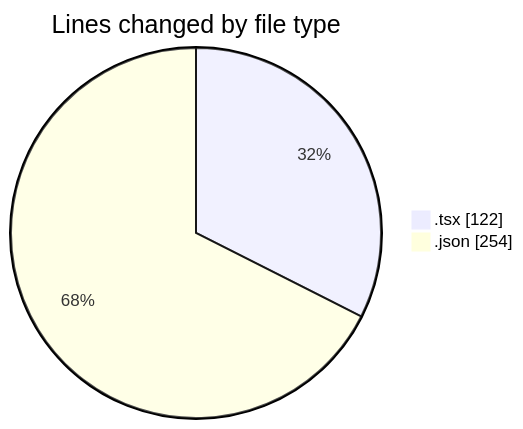
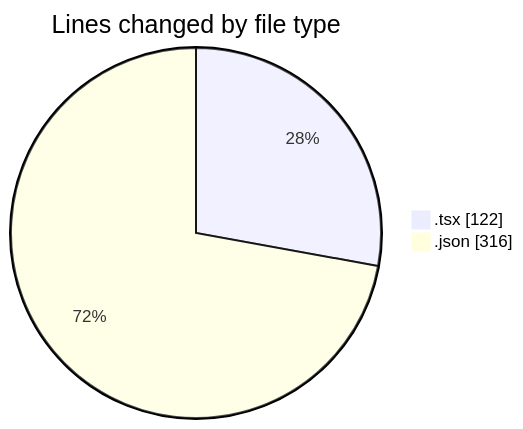
Before and after one commit to momahboobian/code-tracking: the first of 2 diagrams in 2026-04-14/cda/README.md, drawn with Mermaid. The commit also changed other lines of this file and 1 other file, not shown here.

````diff
--- a/2026-04-14/cda/README.md
+++ b/2026-04-14/cda/README.md
@@ -23,6 +24,6 @@
 ```mermaid
 pie showData
 title Lines changed by file type
 ".tsx" : 122
-".json" : 254
+".json" : 316
 ```
````
